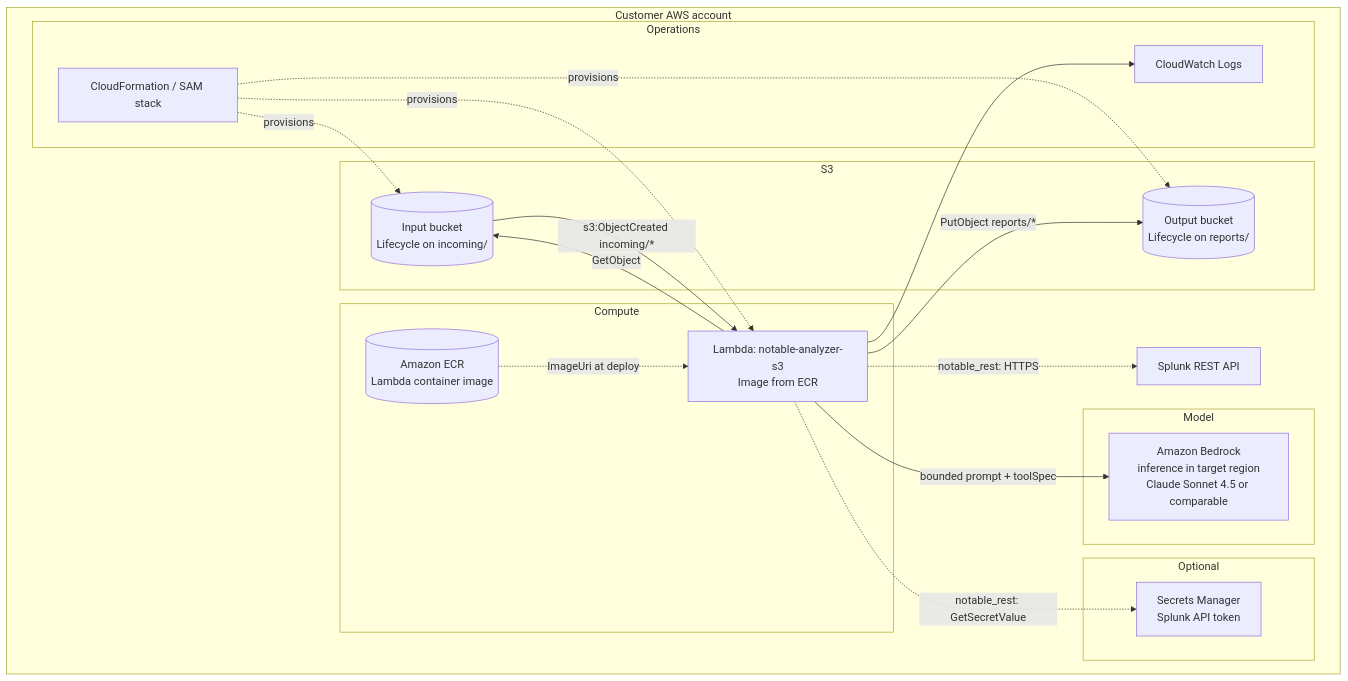
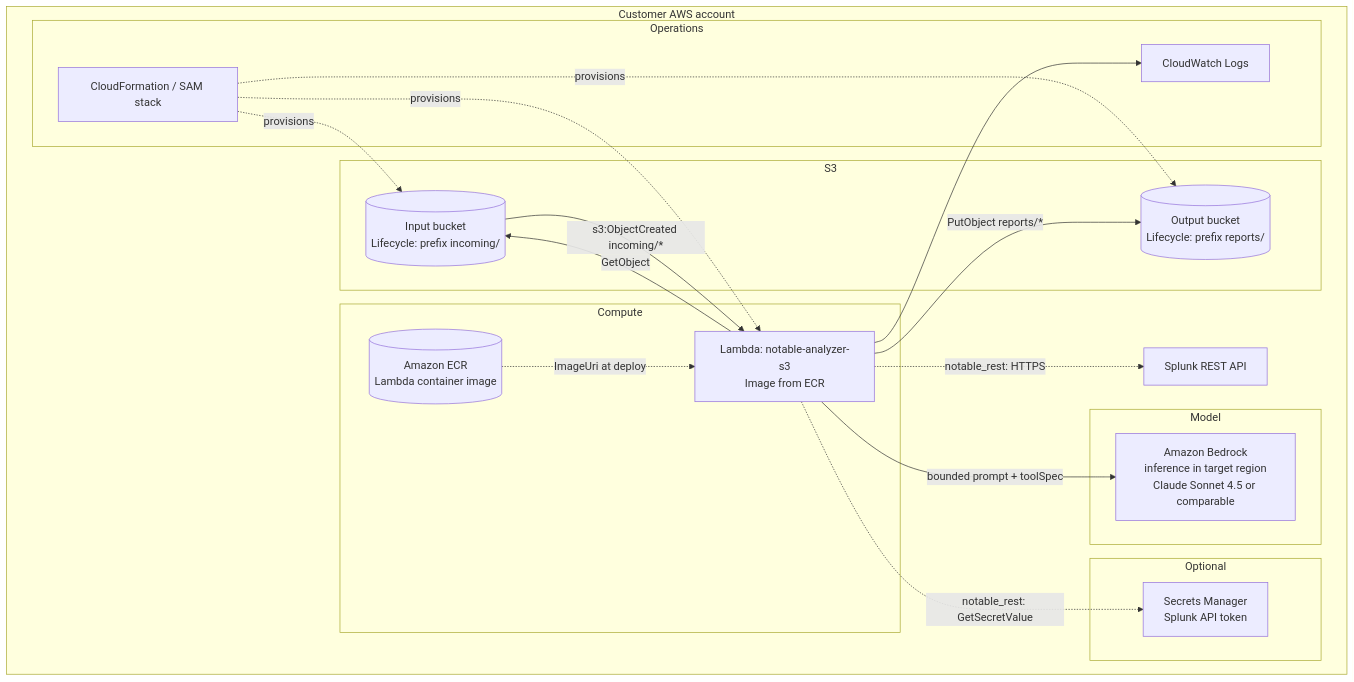
Before and after one commit to dreyna001/llm_notable_analysis: the third of 4 diagrams in s3_notable_pipeline/END_TO_END_DIAGRAMS.md, drawn with Mermaid. The commit also changed other lines of this file, not shown here.

First line of the commit message:
docs(s3_notable_pipeline): update end-to-end diagrams

````diff
--- a/s3_notable_pipeline/END_TO_END_DIAGRAMS.md
+++ b/s3_notable_pipeline/END_TO_END_DIAGRAMS.md
@@ -132,39 +132,39 @@
 ```mermaid
 flowchart TB
   subgraph Account["Customer AWS account"]
     subgraph Storage["S3"]
-      BIN[(Input bucket<br/>Lifecycle on incoming/)]
-      BOUT[(Output bucket<br/>Lifecycle on reports/)]
+      BIN[("Input bucket<br/>Lifecycle: prefix incoming/")]
+      BOUT[("Output bucket<br/>Lifecycle: prefix reports/")]
     end
 
     subgraph Compute["Compute"]
       ECR[(Amazon ECR<br/>Lambda container image)]
       FN[Lambda: notable-analyzer-s3<br/>Image from ECR]
     end
 
     subgraph AI["Model"]
       BR[Amazon Bedrock<br/>inference in target region<br/>Claude Sonnet 4.5 or comparable]
     end
 
     subgraph Secret["Optional"]
       SM[Secrets Manager<br/>Splunk API token]
     end
 
     subgraph Ops["Operations"]
       CW[CloudWatch Logs]
       CFN[CloudFormation / SAM stack]
     end
 
     BIN -->|s3:ObjectCreated incoming/*| FN
     FN -->|GetObject| BIN
     FN -->|PutObject reports/*| BOUT
     FN -->|bounded prompt + toolSpec| BR
     FN -. notable_rest: GetSecretValue .-> SM
     FN -. notable_rest: HTTPS .-> SPL[Splunk REST API]
     FN --> CW
     CFN -. provisions .-> BIN
     CFN -. provisions .-> BOUT
     CFN -. provisions .-> FN
     ECR -. ImageUri at deploy .-> FN
   end
 ```
````
